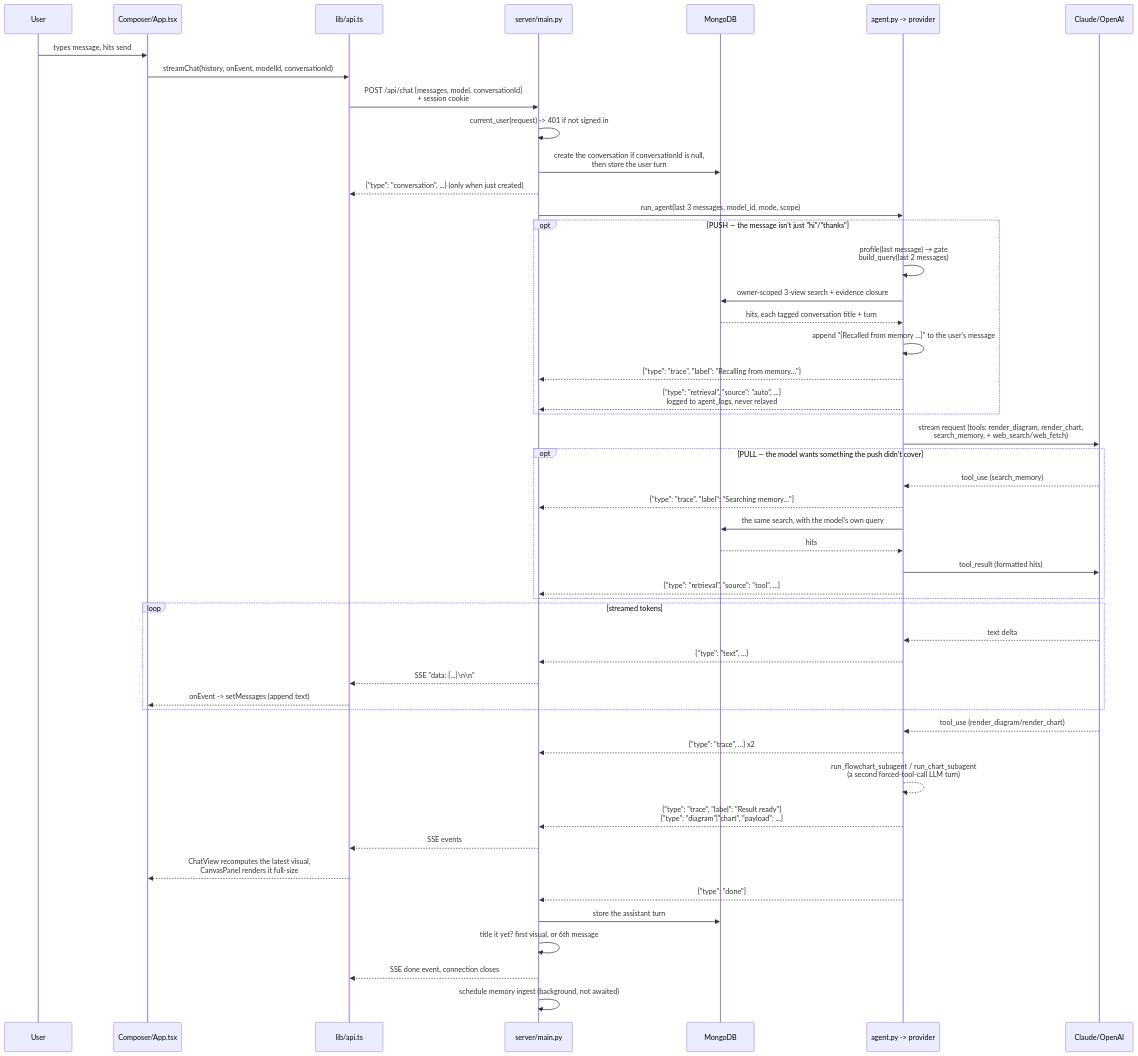
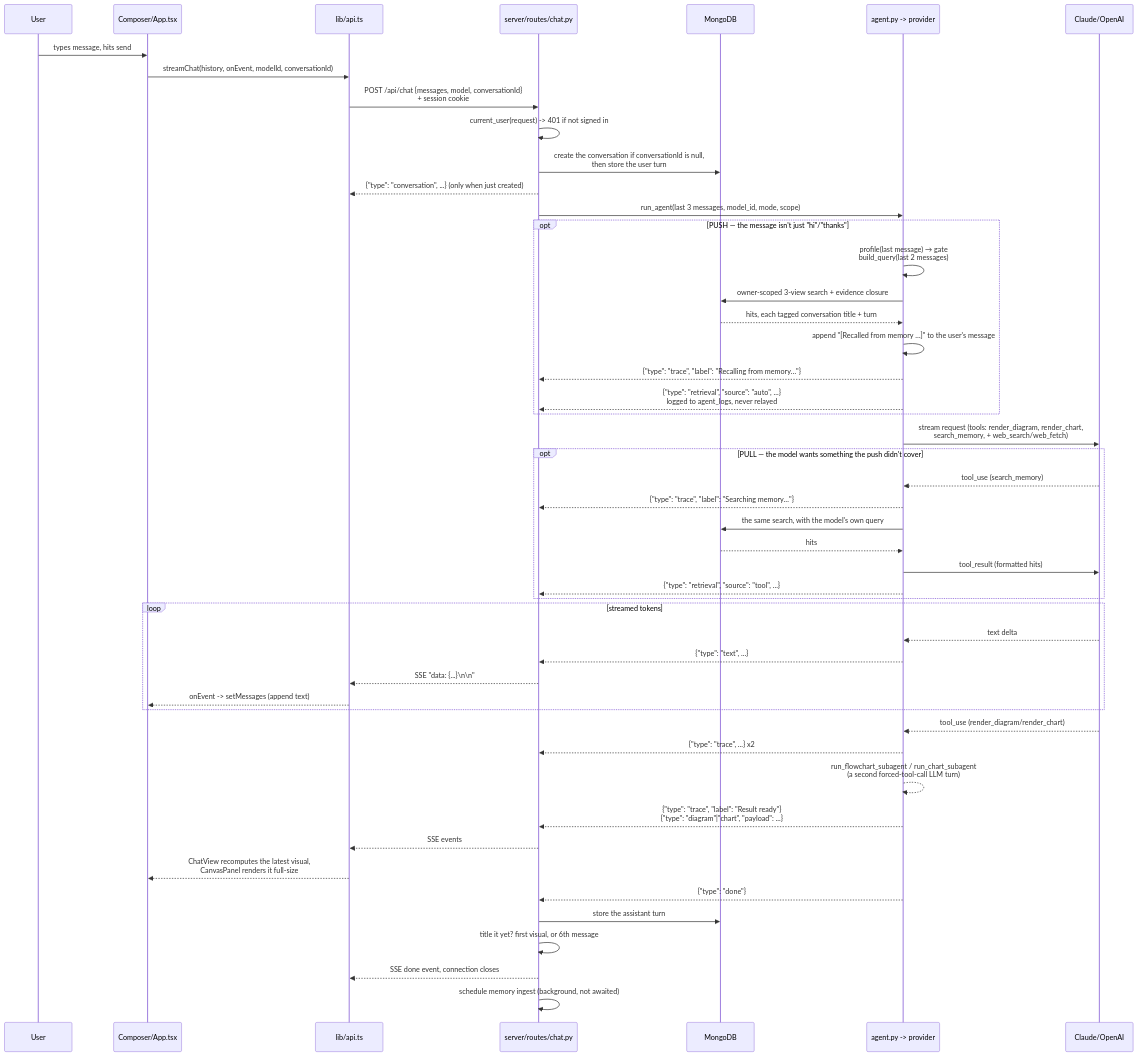
One commit to logado-zero/diagrammer changed the second of 5 diagrams in HOWTHEYWORK.md. Above: the diagram before and after it, drawn with Mermaid. The commit also changed other lines of this file and 2 other files, not shown here.

Commit message:
Docs: HOWTHEYWORK — file map, route list, routes/hooks pointers, retrieval branch

````diff
--- a/HOWTHEYWORK.md
+++ b/HOWTHEYWORK.md
@@ -166,52 +172,52 @@
 ```mermaid
 sequenceDiagram
     participant U as User
     participant C as Composer/App.tsx
     participant A as lib/api.ts
-    participant S as server/main.py
+    participant S as server/routes/chat.py
     participant M as MongoDB
     participant G as agent.py -> provider
     participant L as Claude/OpenAI
 
     U->>C: types message, hits send
     C->>A: streamChat(history, onEvent, modelId, conversationId)
     A->>S: POST /api/chat {messages, model, conversationId}<br/>+ session cookie
     S->>S: current_user(request) -> 401 if not signed in
     S->>M: create the conversation if conversationId is null,<br/>then store the user turn
     S-->>A: {"type": "conversation", ...} (only when just created)
     S->>G: run_agent(last 3 messages, model_id, mode, scope)
     opt PUSH — the message isn't just "hi"/"thanks"
         G->>G: profile(last message) → gate<br/>build_query(last 2 messages)
         G->>M: owner-scoped 3-view search + evidence closure
         M-->>G: hits, each tagged conversation title + turn
         G->>G: append "[Recalled from memory …]" to the user's message
         G-->>S: {"type": "trace", "label": "Recalling from memory…"}
         G-->>S: {"type": "retrieval", "source": "auto", ...}<br/>logged to agent_logs, never relayed
     end
     G->>L: stream request (tools: render_diagram, render_chart,<br/>search_memory, + web_search/web_fetch)
     opt PULL — the model wants something the push didn't cover
         L-->>G: tool_use (search_memory)
         G-->>S: {"type": "trace", "label": "Searching memory…"}
         G->>M: the same search, with the model's own query
         M-->>G: hits
         G->>L: tool_result (formatted hits)
         G-->>S: {"type": "retrieval", "source": "tool", ...}
     end
     loop streamed tokens
         L-->>G: text delta
         G-->>S: {"type": "text", ...}
         S-->>A: SSE "data: {...}\n\n"
         A-->>C: onEvent -> setMessages (append text)
     end
     L-->>G: tool_use (render_diagram/render_chart)
     G-->>S: {"type": "trace", ...} x2
     G-->>G: run_flowchart_subagent / run_chart_subagent<br/>(a second forced-tool-call LLM turn)
     G-->>S: {"type": "trace", "label": "Result ready"}<br/>{"type": "diagram"|"chart", "payload": ...}
     S-->>A: SSE events
     A-->>C: ChatView recomputes the latest visual,<br/>CanvasPanel renders it full-size
     G-->>S: {"type": "done"}
     S->>M: store the assistant turn
     S->>S: title it yet? first visual, or 6th message
     S-->>A: SSE done event, connection closes
     S->>S: schedule memory ingest (background, not awaited)
 ```
````
